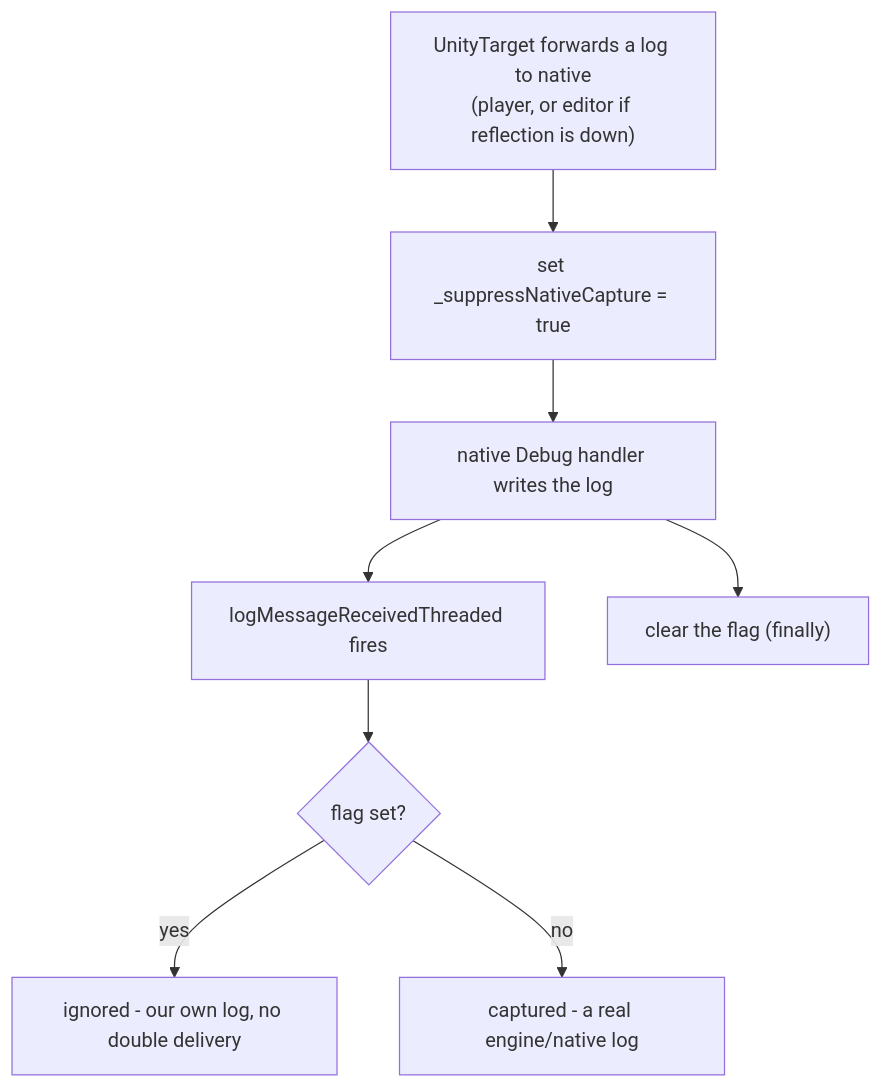
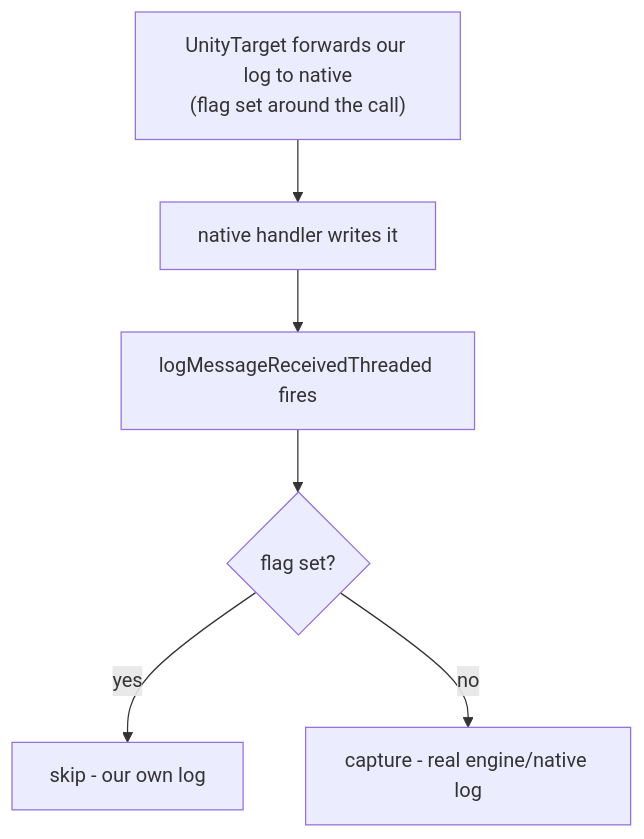
The sixth of 6 diagrams in docs/logging-pipeline.md (Appegy/UniLogger), drawn with Mermaid before and after one commit. The commit also changed other lines of this file and 1 other file, not shown here.

````diff
--- a/docs/logging-pipeline.md
+++ b/docs/logging-pipeline.md
@@ -204,10 +198,8 @@
 ```mermaid
 flowchart TD
-    F["UnityTarget forwards a log to native<br/>(player, or editor if reflection is down)"] --> B["set _suppressNativeCapture = true"]
-    B --> N["native Debug handler writes the log"]
+    F["UnityTarget forwards our log to native<br/>(flag set around the call)"] --> N["native handler writes it"]
     N --> EV["logMessageReceivedThreaded fires"]
     EV --> CH{"flag set?"}
-    CH -->|"yes"| IGN["ignored - our own log, no double delivery"]
-    CH -->|"no"| CAP2["captured - a real engine/native log"]
-    N --> E["clear the flag (finally)"]
+    CH -->|"yes"| IGN["skip - our own log"]
+    CH -->|"no"| CAP["capture - real engine/native log"]
 ```
````
